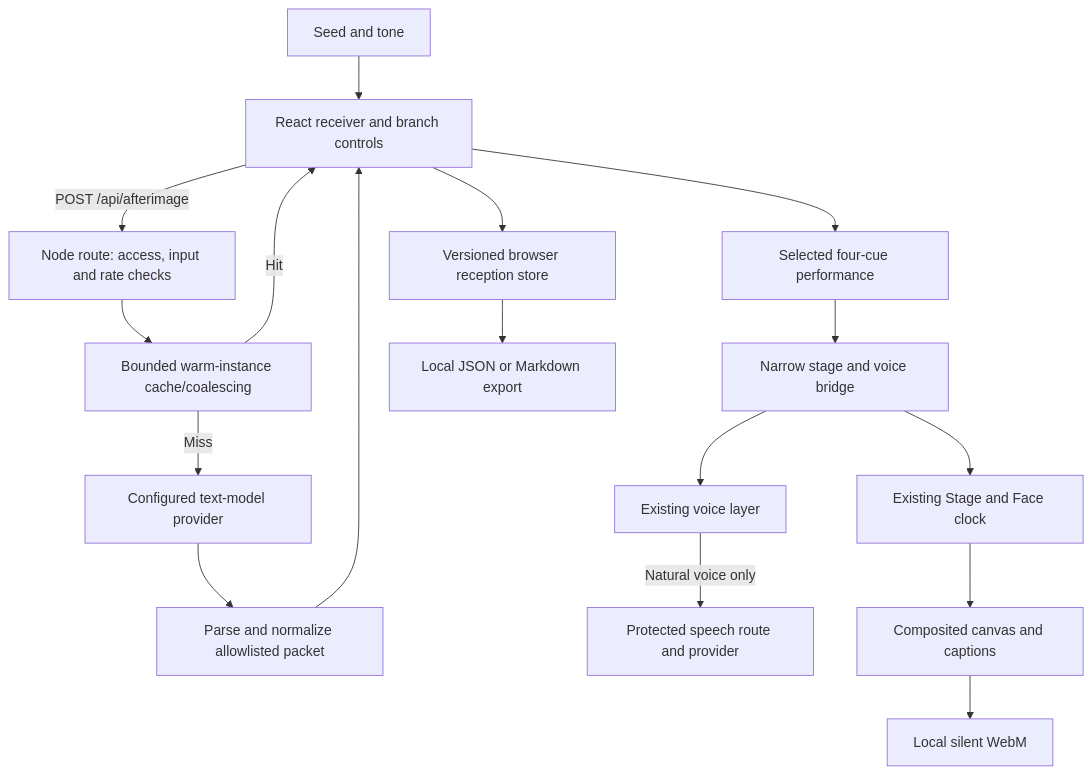
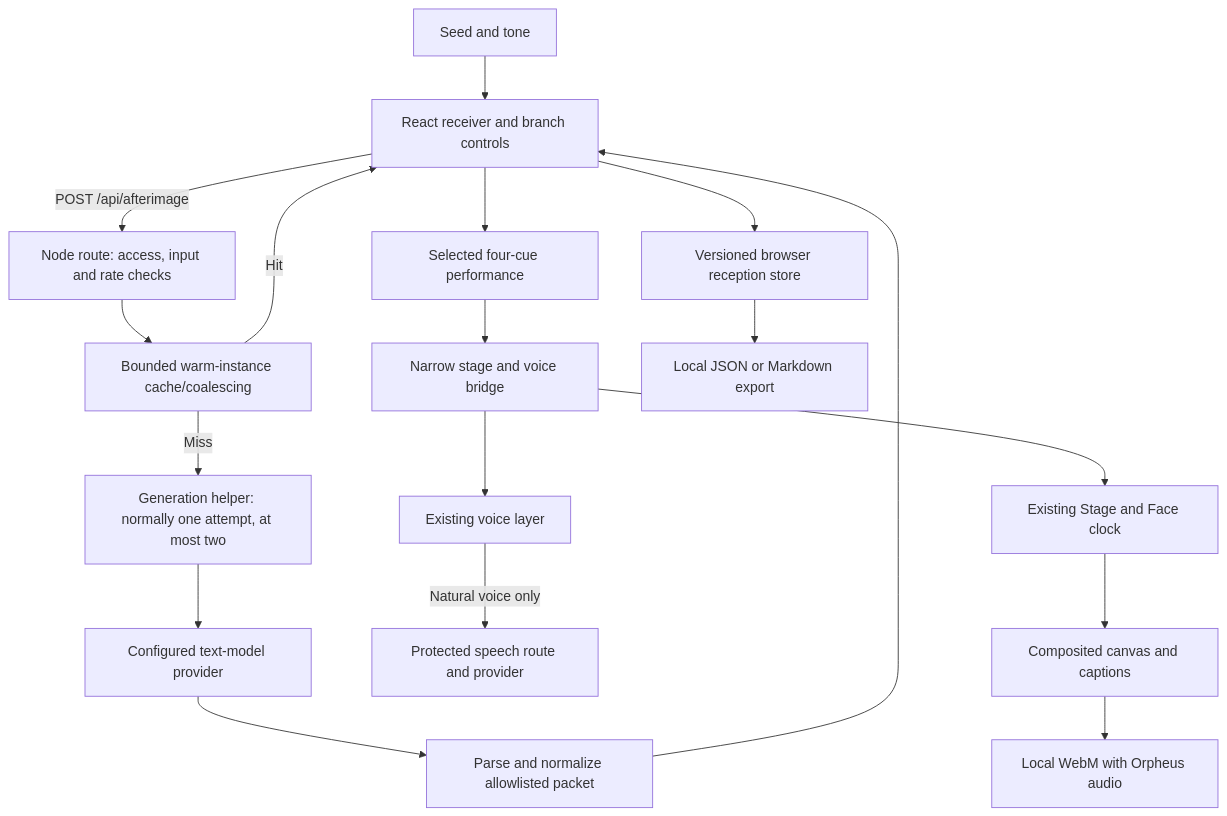
The diagram in docs/AFTERIMAGE-MANUAL.md (NightSlayer0002/Nox), drawn with Mermaid before and after one commit. The commit also changed other lines of this file and 19 other files, not shown here.

````diff
--- a/docs/AFTERIMAGE-MANUAL.md
+++ b/docs/AFTERIMAGE-MANUAL.md
@@ -222,19 +229,20 @@
 ```mermaid
 flowchart TD
   U[Seed and tone] --> R[React receiver and branch controls]
   R -->|POST /api/afterimage| S[Node route: access, input and rate checks]
   S --> C[Bounded warm-instance cache/coalescing]
-  C -->|Miss| P[Configured text-model provider]
+  C -->|Miss| G[Generation helper: normally one attempt, at most two]
+  G --> P[Configured text-model provider]
   P --> V[Parse and normalize allowlisted packet]
   V --> R
   C -->|Hit| R
   R --> L[Versioned browser reception store]
   R --> E[Selected four-cue performance]
   E --> B[Narrow stage and voice bridge]
   B --> ST[Existing Stage and Face clock]
   B --> VO[Existing voice layer]
   VO -->|Natural voice only| SP[Protected speech route and provider]
   ST --> CA[Composited canvas and captions]
-  CA --> WEBM[Local silent WebM]
+  CA --> WEBM[Local WebM with Orpheus audio]
   L --> EXP[Local JSON or Markdown export]
 ```
````
